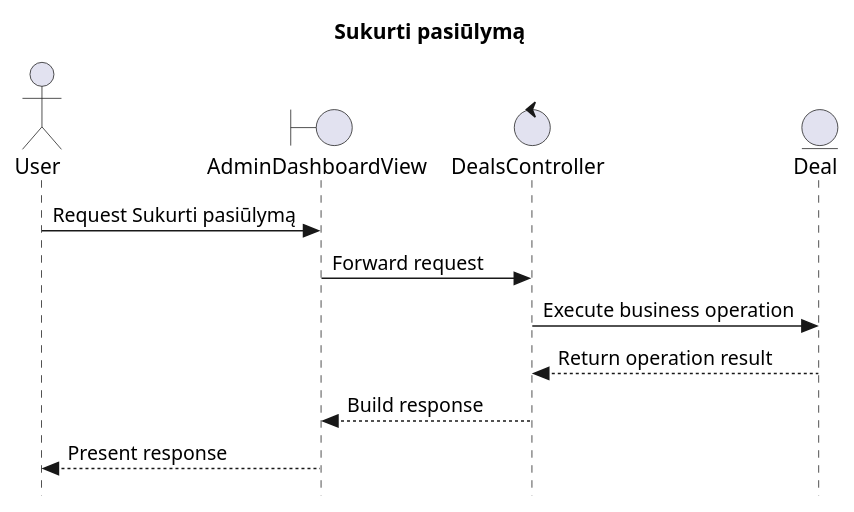
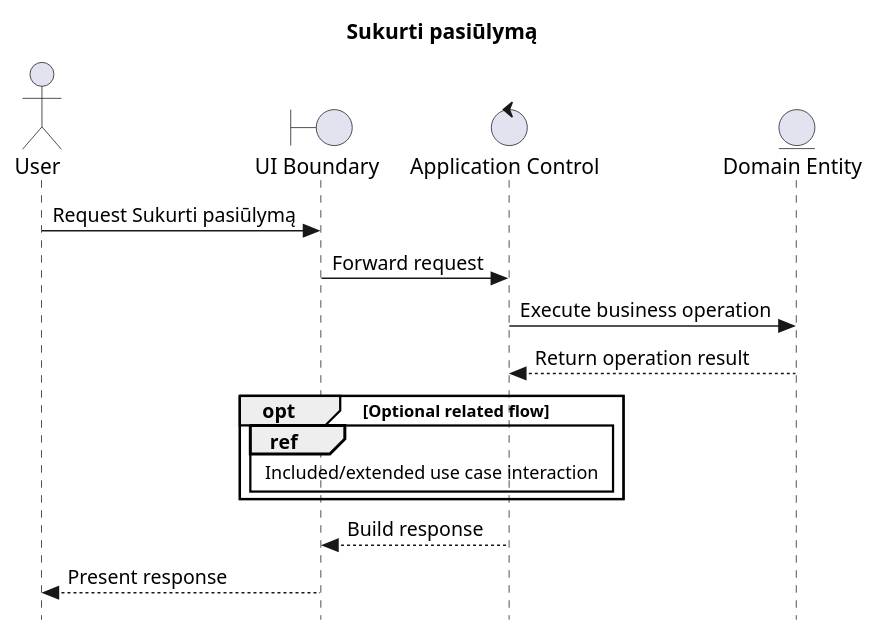
Before and after one commit to SauliusDev/ps-projektas: the diagram in _refs/diagrams-new/sequence/Sukurti_pasiūlymą.puml, drawn with PlantUML. The commit also changed 42 other files, not shown here.

Commit message:
fix: satisfy sequence traceability fragment checks

```diff
--- a/_refs/diagrams-new/sequence/Sukurti_pasiūlymą.puml
+++ b/_refs/diagrams-new/sequence/Sukurti_pasiūlymą.puml
@@ -1,17 +1,22 @@
 @startuml
 skinparam style strictuml
 
 title Sukurti pasiūlymą
 
 actor "User" as user
-boundary "AdminDashboardView" as ui
-control "DealsController" as dealsController
-entity "Deal" as deal
+boundary "UI Boundary" as ui
+control "Application Control" as app
+entity "Domain Entity" as entity
 
 user -> ui: Request Sukurti pasiūlymą
-ui -> dealsController: Forward request
-dealsController -> deal: Execute business operation
-deal --> dealsController: Return operation result
-dealsController --> ui: Build response
+ui -> app: Forward request
+app -> entity: Execute business operation
+entity --> app: Return operation result
+
+opt Optional related flow
+  ref over ui, app : Included/extended use case interaction
+end
+
+app --> ui: Build response
 ui --> user: Present response
 @enduml
```
